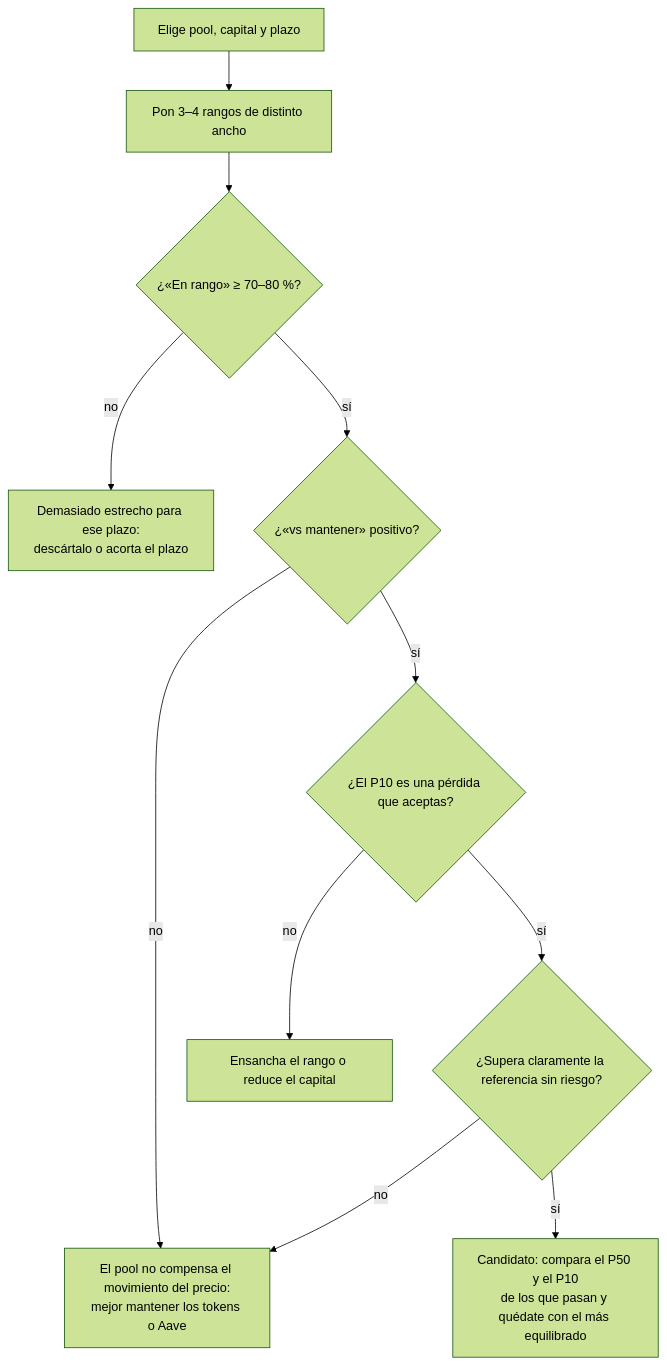
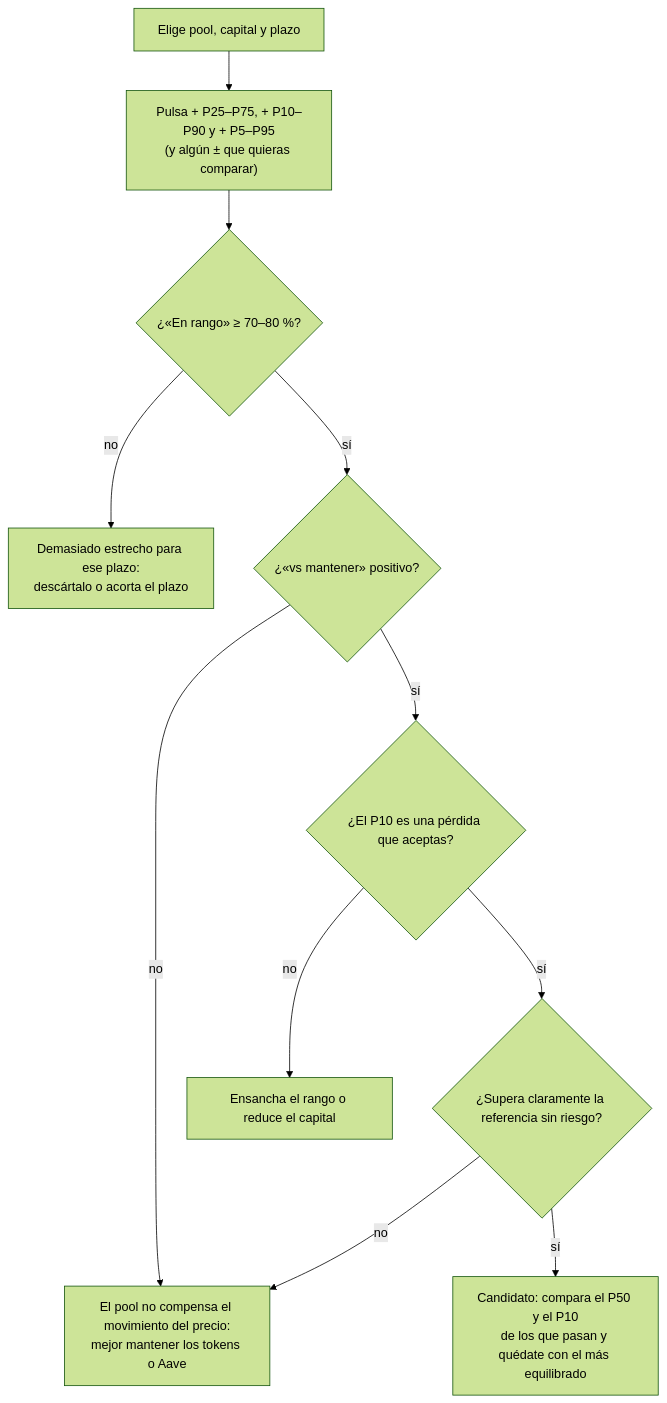
The sixth of 7 diagrams in Guia Simulador.md (Caiico1/etapas-weinstein), drawn with Mermaid (forest theme) before and after one commit. The commit also changed other lines of this file and 6 other files, not shown here.

````diff
--- a/Guia Simulador.md
+++ b/Guia Simulador.md
@@ -272,13 +282,13 @@
 ```mermaid
 flowchart TD
-    A["Elige pool, capital y plazo"] --> B["Pon 3–4 rangos de distinto ancho"]
+    A["Elige pool, capital y plazo"] --> B["Pulsa + P25–P75, + P10–P90 y + P5–P95<br/>(y algún ± que quieras comparar)"]
     B --> C{"¿«En rango» ≥ 70–80 %?"}
     C -->|no| D["Demasiado estrecho para ese plazo:<br/>descártalo o acorta el plazo"]
     C -->|sí| E{"¿«vs mantener» positivo?"}
     E -->|no| F["El pool no compensa el movimiento del precio:<br/>mejor mantener los tokens o Aave"]
     E -->|sí| G{"¿El P10 es una pérdida que aceptas?"}
     G -->|no| H["Ensancha el rango o reduce el capital"]
     G -->|sí| I{"¿Supera claramente la referencia sin riesgo?"}
     I -->|no| F
     I -->|sí| J["Candidato: compara el P50 y el P10<br/>de los que pasan y quédate con el más equilibrado"]
 ```
````
